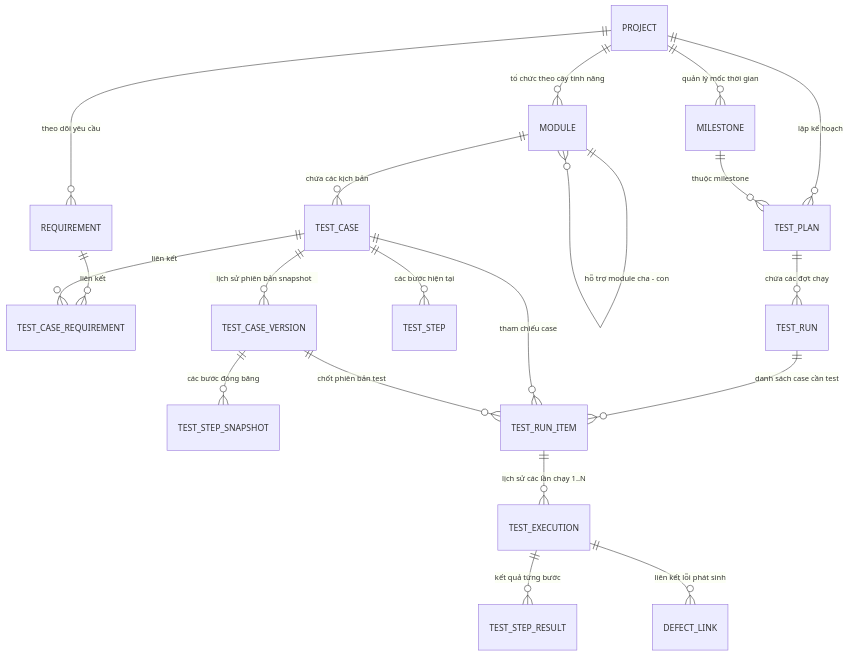
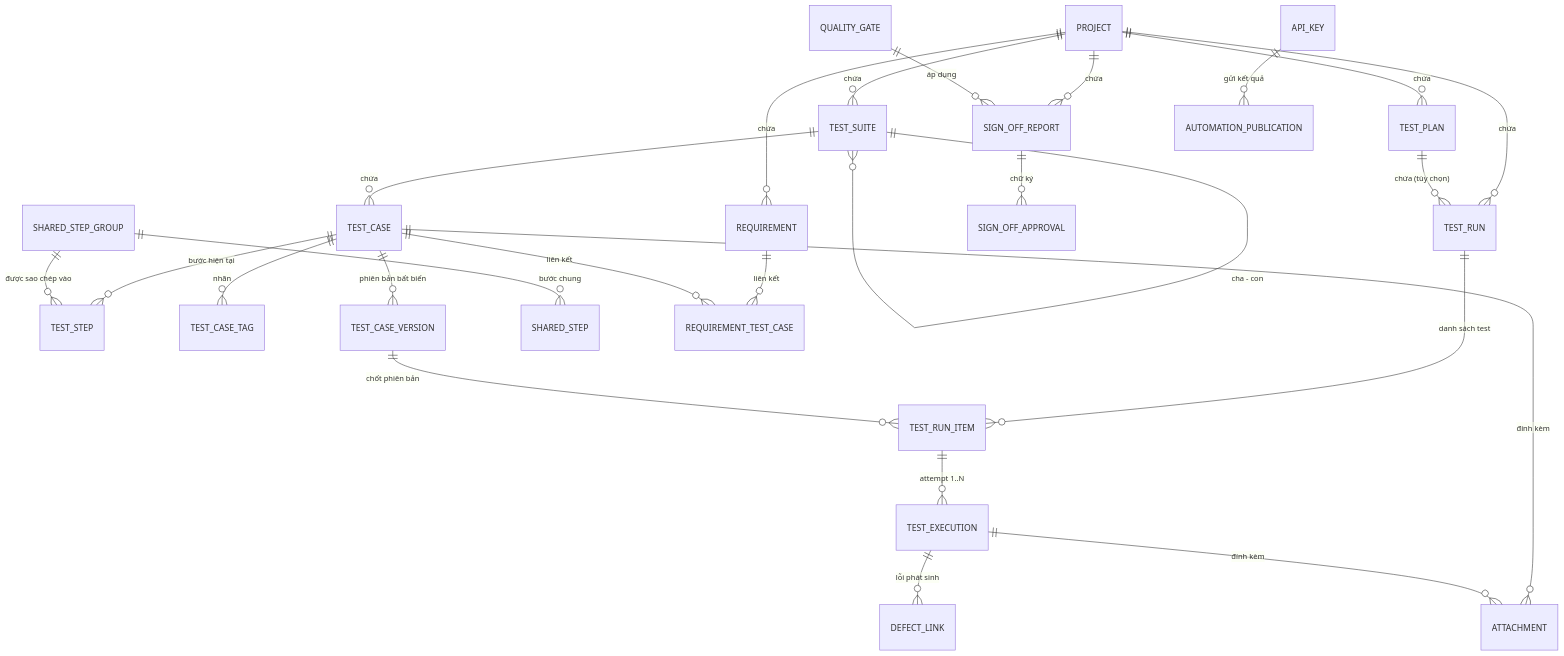
The fifth of 20 diagrams in BUSINESS_ANALYSIS_TEST_CASE_MANAGEMENT.md (Huyit2k5/testcase_manager), drawn with Mermaid before and after one commit. The commit also changed other lines of this file and 20 other files, not shown here.

First line of the commit message:
Group runs by plan, fix run progress, and rewrite the business analysis (Phase 26)

````diff
--- a/BUSINESS_ANALYSIS_TEST_CASE_MANAGEMENT.md
+++ b/BUSINESS_ANALYSIS_TEST_CASE_MANAGEMENT.md
@@ -214,28 +245,31 @@
 ```mermaid
 erDiagram
-    PROJECT ||--o{ MODULE : "tổ chức theo cây tính năng"
-    PROJECT ||--o{ MILESTONE : "quản lý mốc thời gian"
-    PROJECT ||--o{ TEST_PLAN : "lập kế hoạch"
-    PROJECT ||--o{ REQUIREMENT : "theo dõi yêu cầu"
-    
-    MODULE ||--o{ MODULE : "hỗ trợ module cha - con"
-    MODULE ||--o{ TEST_CASE : "chứa các kịch bản"
-    
-    REQUIREMENT ||--o{ TEST_CASE_REQUIREMENT : "liên kết"
-    TEST_CASE ||--o{ TEST_CASE_REQUIREMENT : "liên kết"
-    
-    TEST_CASE ||--o{ TEST_CASE_VERSION : "lịch sử phiên bản snapshot"
-    TEST_CASE_VERSION ||--o{ TEST_STEP_SNAPSHOT : "các bước đóng băng"
-    TEST_CASE ||--o{ TEST_STEP : "các bước hiện tại"
-    
-    MILESTONE ||--o{ TEST_PLAN : "thuộc milestone"
-    TEST_PLAN ||--o{ TEST_RUN : "chứa các đợt chạy"
-    
-    TEST_RUN ||--o{ TEST_RUN_ITEM : "danh sách case cần test"
-    TEST_CASE ||--o{ TEST_RUN_ITEM : "tham chiếu case"
-    TEST_CASE_VERSION ||--o{ TEST_RUN_ITEM : "chốt phiên bản test"
-    
-    TEST_RUN_ITEM ||--o{ TEST_EXECUTION : "lịch sử các lần chạy 1..N"
-    TEST_EXECUTION ||--o{ TEST_STEP_RESULT : "kết quả từng bước"
-    TEST_EXECUTION ||--o{ DEFECT_LINK : "liên kết lỗi phát sinh"
+    PROJECT ||--o{ TEST_SUITE : "chứa"
+    PROJECT ||--o{ TEST_PLAN : "chứa"
+    PROJECT ||--o{ REQUIREMENT : "chứa"
+    PROJECT ||--o{ TEST_RUN : "chứa"
+    PROJECT ||--o{ SIGN_OFF_REPORT : "chứa"
+
+    TEST_SUITE ||--o{ TEST_SUITE : "cha - con"
+    TEST_SUITE ||--o{ TEST_CASE : "chứa"
+    TEST_CASE ||--o{ TEST_STEP : "bước hiện tại"
+    TEST_CASE ||--o{ TEST_CASE_TAG : "nhãn"
+    TEST_CASE ||--o{ TEST_CASE_VERSION : "phiên bản bất biến"
+    SHARED_STEP_GROUP ||--o{ SHARED_STEP : "bước chung"
+    SHARED_STEP_GROUP ||--o{ TEST_STEP : "được sao chép vào"
+
+    REQUIREMENT ||--o{ REQUIREMENT_TEST_CASE : "liên kết"
+    TEST_CASE ||--o{ REQUIREMENT_TEST_CASE : "liên kết"
+
+    TEST_PLAN ||--o{ TEST_RUN : "chứa (tùy chọn)"
+    TEST_RUN ||--o{ TEST_RUN_ITEM : "danh sách test"
+    TEST_CASE_VERSION ||--o{ TEST_RUN_ITEM : "chốt phiên bản"
+    TEST_RUN_ITEM ||--o{ TEST_EXECUTION : "attempt 1..N"
+    TEST_EXECUTION ||--o{ DEFECT_LINK : "lỗi phát sinh"
+    TEST_CASE ||--o{ ATTACHMENT : "đính kèm"
+    TEST_EXECUTION ||--o{ ATTACHMENT : "đính kèm"
+
+    QUALITY_GATE ||--o{ SIGN_OFF_REPORT : "áp dụng"
+    SIGN_OFF_REPORT ||--o{ SIGN_OFF_APPROVAL : "chữ ký"
+    API_KEY ||--o{ AUTOMATION_PUBLICATION : "gửi kết quả"
 ```
````
